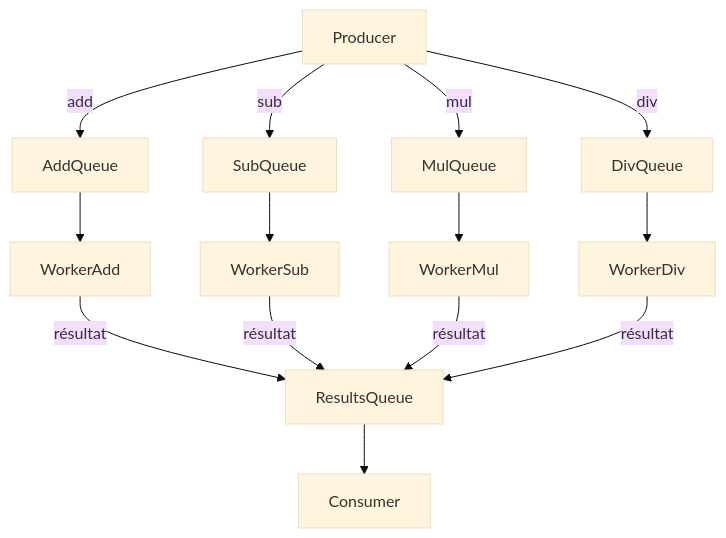
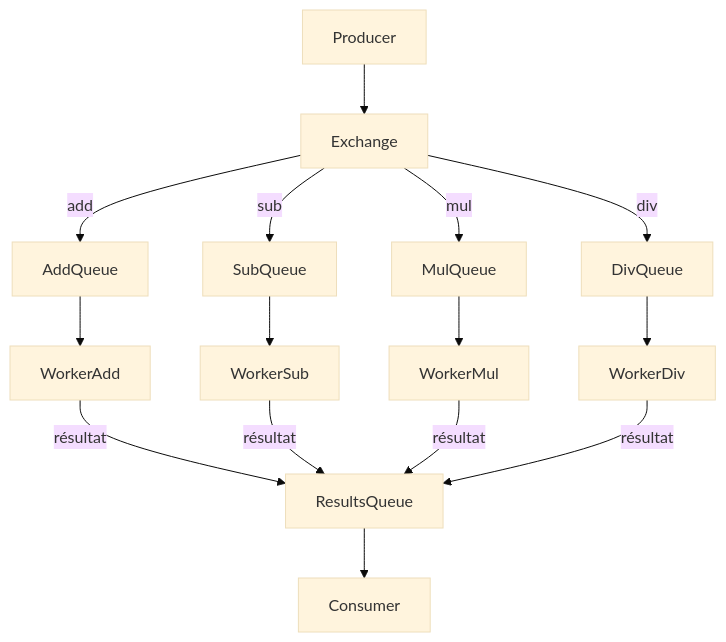
One commit to enstso/Nuclear-physics changed the diagram in readme.md. Above: the diagram before and after it, drawn with Mermaid (base theme).

````diff
--- a/readme.md
+++ b/readme.md
@@ -14,19 +14,20 @@
 ```mermaid
 graph TD
-  Producer -->|add| AddQueue
-  Producer -->|sub| SubQueue
-  Producer -->|mul| MulQueue
-  Producer -->|div| DivQueue
+  Producer --> Exchange
+  Exchange -->|add| AddQueue
+  Exchange -->|sub| SubQueue
+  Exchange -->|mul| MulQueue
+  Exchange -->|div| DivQueue
 
   AddQueue --> WorkerAdd
   SubQueue --> WorkerSub
   MulQueue --> WorkerMul
   DivQueue --> WorkerDiv
 
   WorkerAdd -->|résultat| ResultsQueue
   WorkerSub -->|résultat| ResultsQueue
   WorkerMul -->|résultat| ResultsQueue
   WorkerDiv -->|résultat| ResultsQueue
 
   ResultsQueue --> Consumer
 ```
````
